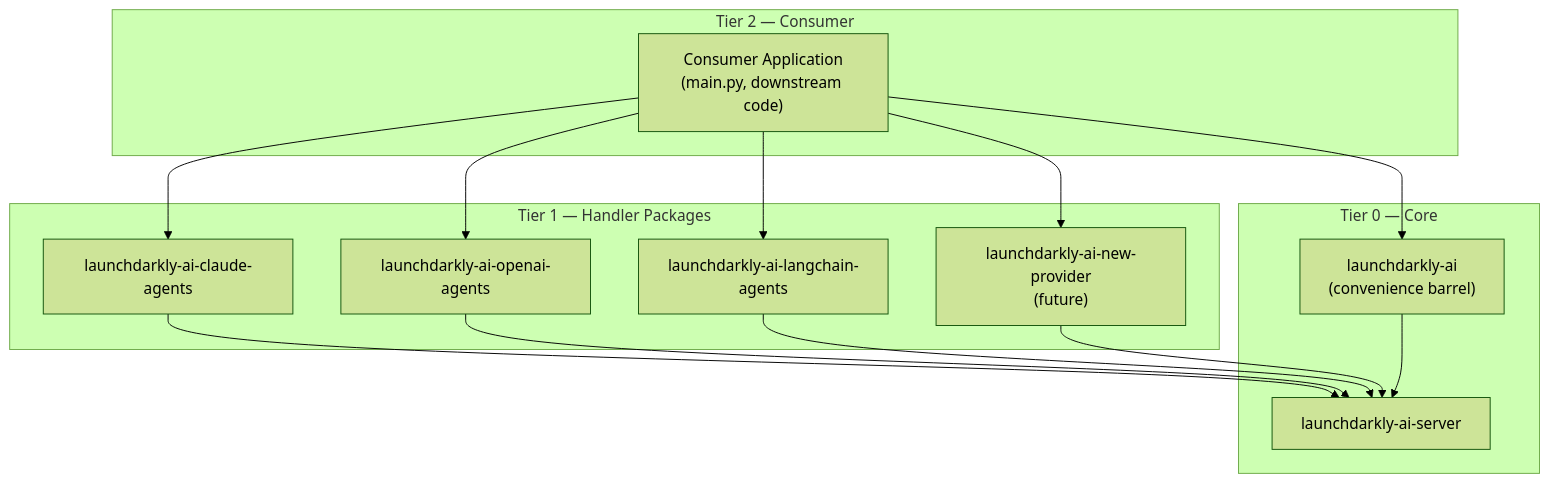
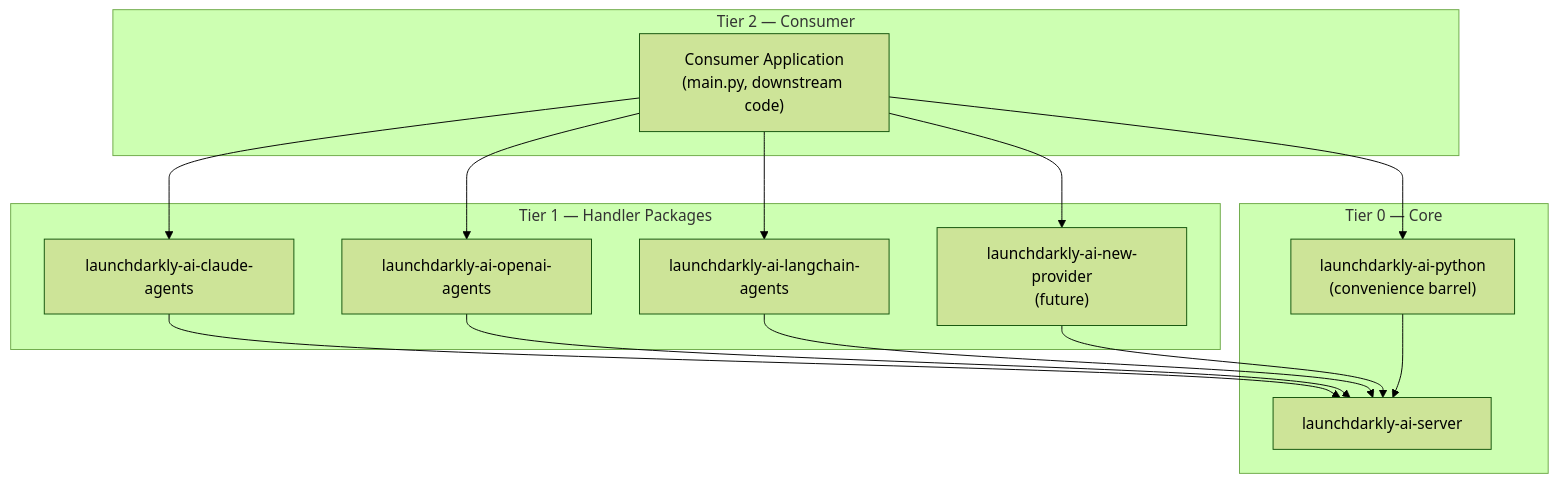
Before and after one commit to launchdarkly/python-ai-sdk: the diagram in AGENTS.md, drawn with Mermaid (forest theme). The commit also changed other lines of this file and 9 other files, not shown here.

````diff
--- a/AGENTS.md
+++ b/AGENTS.md
@@ -81,27 +81,27 @@
 ```mermaid
 graph TD
  subgraph tier2 ["Tier 2 — Consumer"]
   app["Consumer Application\n(main.py, downstream code)"]
  end
  subgraph tier1 ["Tier 1 — Handler Packages"]
   claude["launchdarkly-ai-claude-agents"]
   openai["launchdarkly-ai-openai-agents"]
   langchain["launchdarkly-ai-langchain-agents"]
   newHandler["launchdarkly-ai-new-provider\n(future)"]
  end
  subgraph tier0 ["Tier 0 — Core"]
-  ai["launchdarkly-ai\n(convenience barrel)"]
+  ai["launchdarkly-ai-python\n(convenience barrel)"]
   client["launchdarkly-ai-server"]
  end
 
  app --> claude
  app --> openai
  app --> langchain
  app --> newHandler
  app --> ai
  claude --> client
  openai --> client
  langchain --> client
  newHandler --> client
  ai --> client
 ```
````
